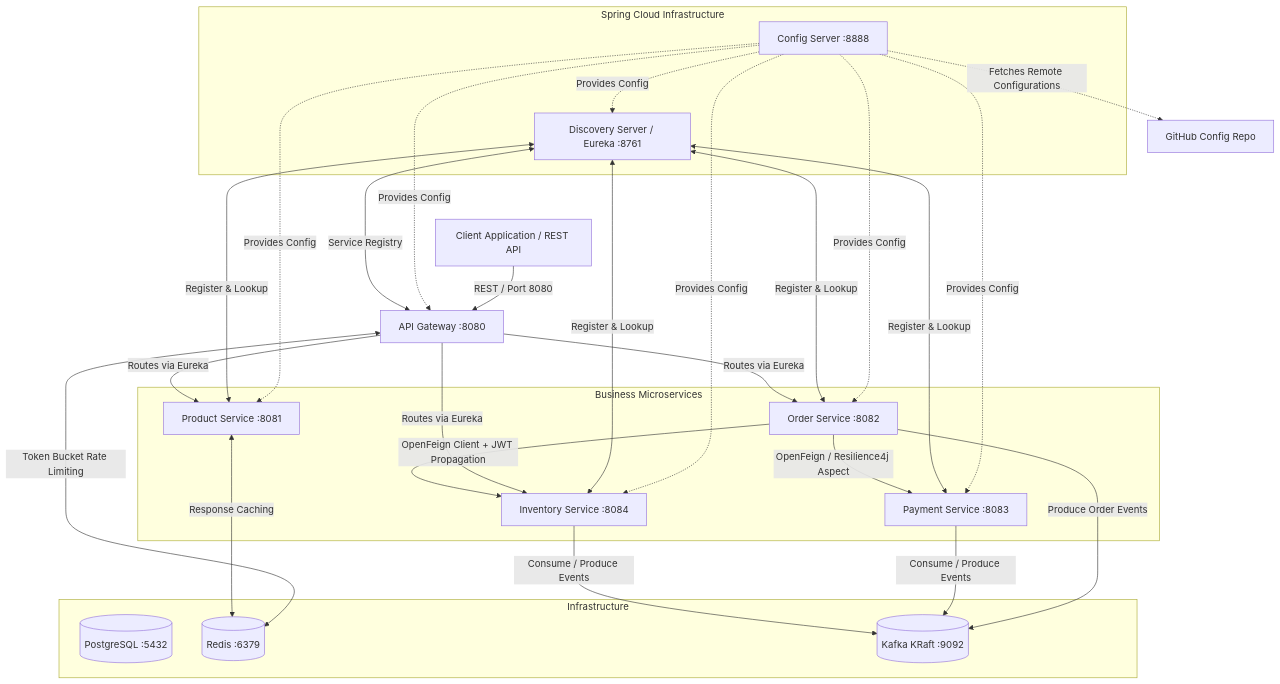
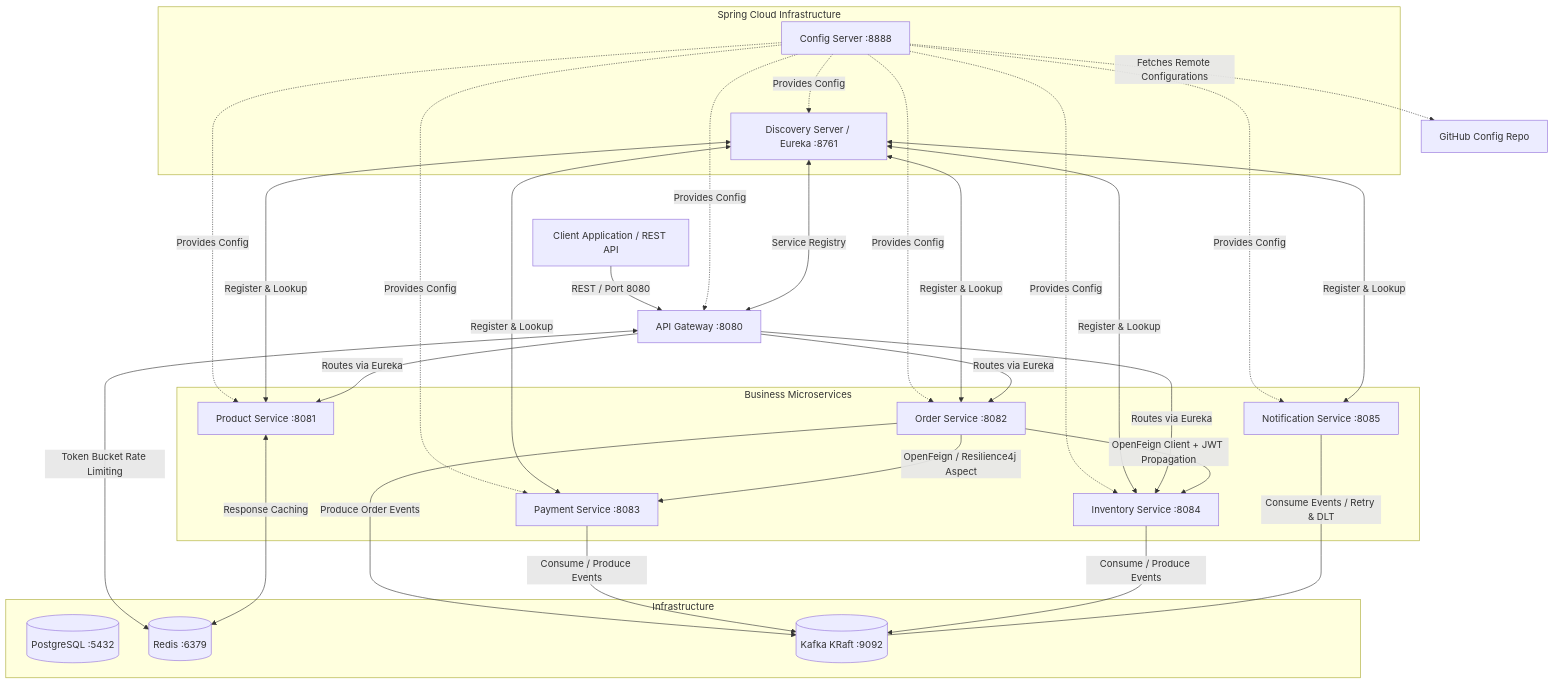
One commit to M7mdselim/Ecommerce-Project changed the first of 3 diagrams in README.md. Above: the diagram before and after it, drawn with Mermaid. The commit also changed other lines of this file and 28 other files, not shown here.

Commit message:
feat(sessions-13-16): Notification Service, CI/CD, ArgoCD GitOps, K8s, and Helm Chart

````diff
--- a/README.md
+++ b/README.md
@@ -9,53 +9,57 @@
 ```mermaid
 graph TD
     Client[Client Application / REST API] -->|REST / Port 8080| Gateway[API Gateway :8080]
 
     subgraph Infrastructure
         PG[(PostgreSQL :5432)]
         RD[(Redis :6379)]
         KF[(Kafka KRaft :9092)]
     end
 
     subgraph Spring Cloud Infrastructure
         Config[Config Server :8888]
         Eureka[Discovery Server / Eureka :8761]
     end
 
     subgraph Business Microservices
         Product[Product Service :8081]
         Order[Order Service :8082]
         Payment[Payment Service :8083]
         Inventory[Inventory Service :8084]
+        Notification[Notification Service :8085]
     end
 
     Config -.->|Fetches Remote Configurations| Github[GitHub Config Repo]
     
     %% Config Server dependencies
     Config -.->|Provides Config| Eureka
     Config -.->|Provides Config| Gateway
     Config -.->|Provides Config| Product
     Config -.->|Provides Config| Order
     Config -.->|Provides Config| Payment
     Config -.->|Provides Config| Inventory
+    Config -.->|Provides Config| Notification
 
     %% Discovery Registration
     Eureka <--->|Service Registry| Gateway
     Eureka <--->|Register & Lookup| Product
     Eureka <--->|Register & Lookup| Order
     Eureka <--->|Register & Lookup| Payment
     Eureka <--->|Register & Lookup| Inventory
+    Eureka <--->|Register & Lookup| Notification
 
     %% Gateway Routing & Redis
     Gateway -->|Routes via Eureka| Product
     Gateway -->|Routes via Eureka| Order
     Gateway -->|Routes via Eureka| Inventory
     Gateway <--->|Token Bucket Rate Limiting| RD
 
     %% Inter-service Sync & Async Communication
     Order -->|OpenFeign Client + JWT Propagation| Inventory
     Order -->|OpenFeign / Resilience4j Aspect| Payment
     Order -->|Produce Order Events| KF
     Payment -->|Consume / Produce Events| KF
     Inventory -->|Consume / Produce Events| KF
+    Notification <---|Consume Events / Retry & DLT| KF
     Product <--->|Response Caching| RD
 ```
````
